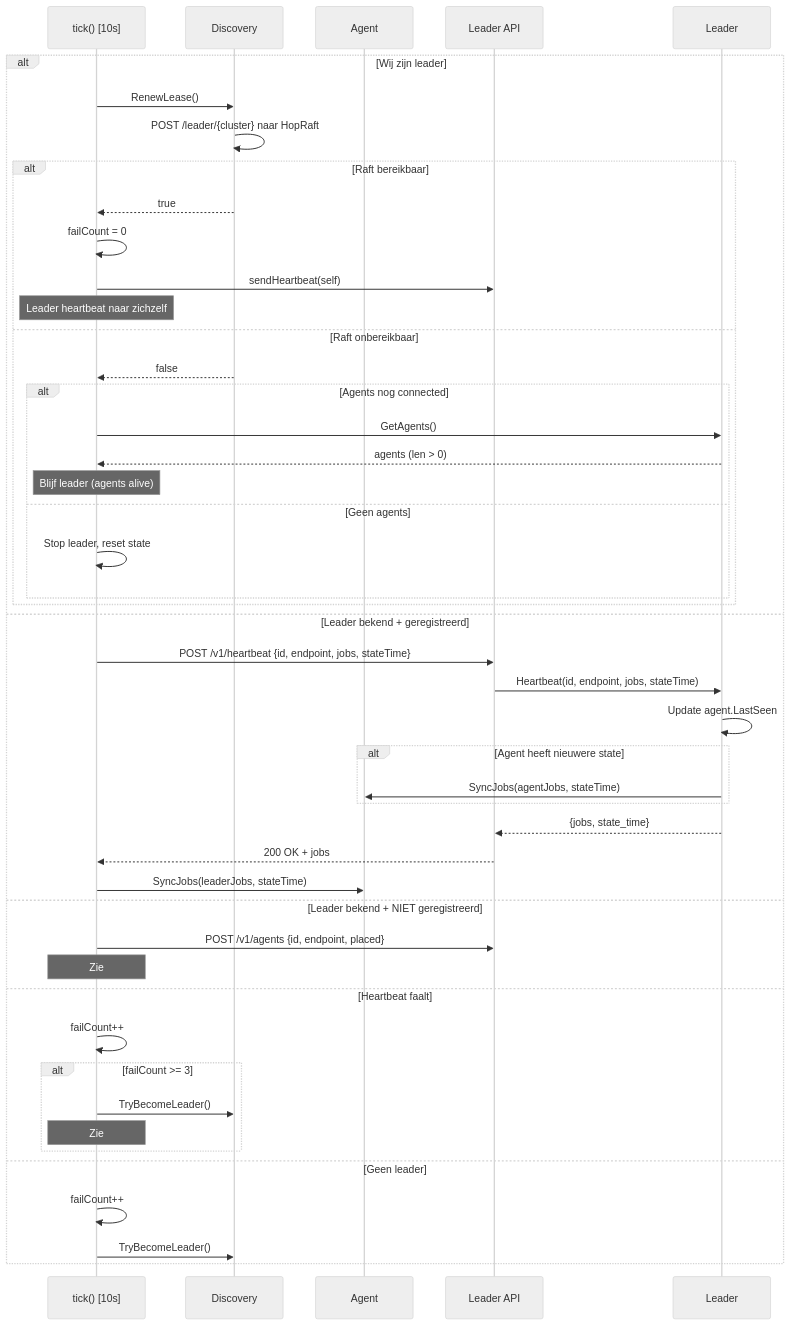
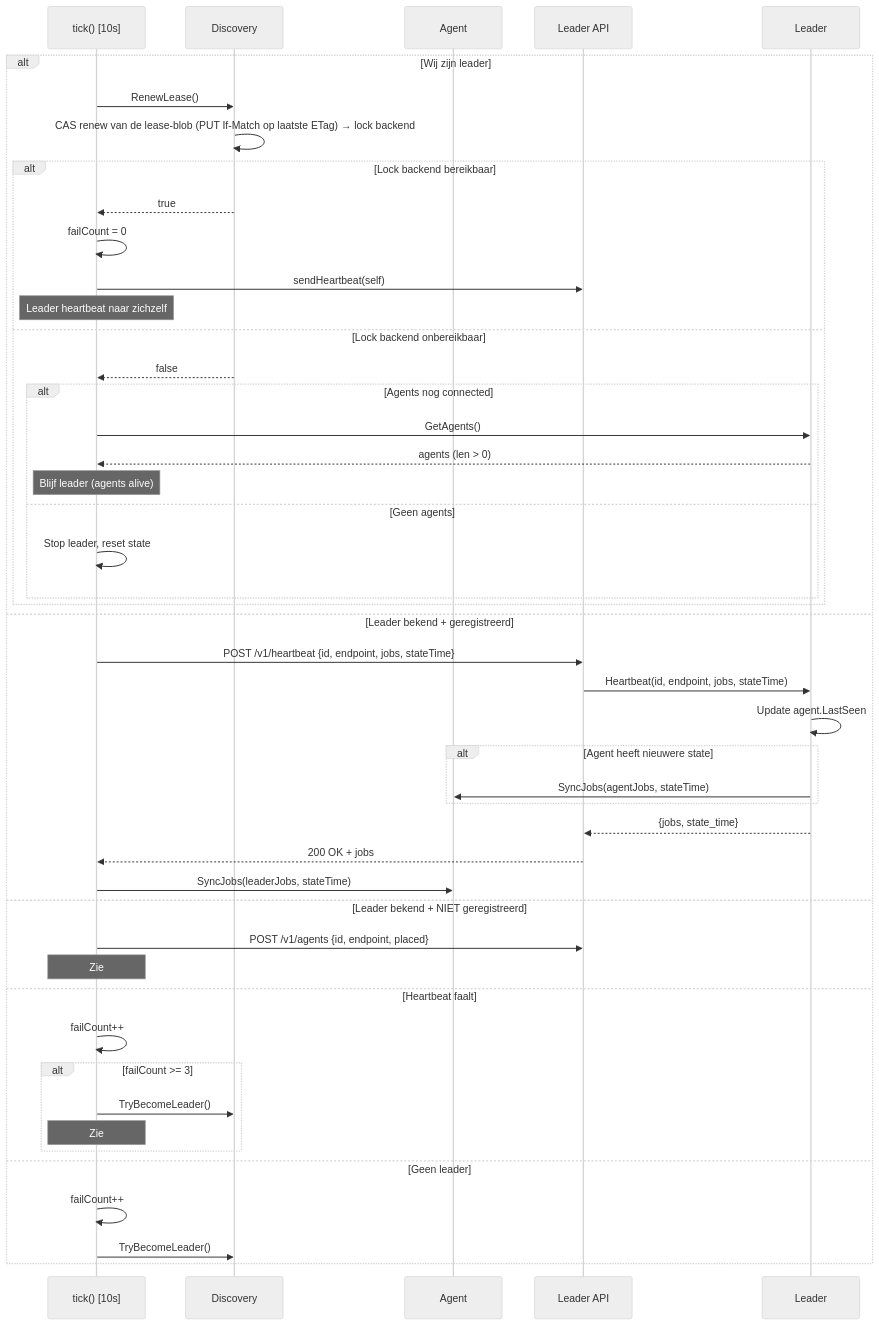
Before and after one commit to xinix00/easyrun: the third of 14 diagrams in SEQUENCES.md, drawn with Mermaid (neutral theme). The commit also changed other lines of this file and 3 other files, not shown here.

First line of the commit message:
docs: replace stale HopRaft references with hoplock lease election

````diff
--- a/SEQUENCES.md
+++ b/SEQUENCES.md
@@ -129,50 +130,50 @@
 ```mermaid
 sequenceDiagram
     participant T as tick() [10s]
     participant D as Discovery
     participant A as Agent
     participant API as Leader API
     participant L as Leader
 
     alt Wij zijn leader
         T->>D: RenewLease()
-        D->>D: POST /leader/{cluster} naar HopRaft
-        alt Raft bereikbaar
+        D->>D: CAS renew van de lease-blob (PUT If-Match op laatste ETag) → lock backend
+        alt Lock backend bereikbaar
             D-->>T: true
             T->>T: failCount = 0
             T->>API: sendHeartbeat(self)
             Note over T: Leader heartbeat naar zichzelf
-        else Raft onbereikbaar
+        else Lock backend onbereikbaar
             D-->>T: false
             alt Agents nog connected
                 T->>L: GetAgents()
                 L-->>T: agents (len > 0)
                 Note over T: Blijf leader (agents alive)
             else Geen agents
                 T->>T: Stop leader, reset state
             end
         end
     else Leader bekend + geregistreerd
         T->>API: POST /v1/heartbeat {id, endpoint, jobs, stateTime}
         API->>L: Heartbeat(id, endpoint, jobs, stateTime)
         L->>L: Update agent.LastSeen
         alt Agent heeft nieuwere state
             L->>A: SyncJobs(agentJobs, stateTime)
         end
         L-->>API: {jobs, state_time}
         API-->>T: 200 OK + jobs
         T->>A: SyncJobs(leaderJobs, stateTime)
     else Leader bekend + NIET geregistreerd
         T->>API: POST /v1/agents {id, endpoint, placed}
         Note over T: Zie #4 Agent Registration
     else Heartbeat faalt
         T->>T: failCount++
         alt failCount >= 3
             T->>D: TryBecomeLeader()
             Note over T: Zie #2 Leader Election
         end
     else Geen leader
         T->>T: failCount++
         T->>D: TryBecomeLeader()
     end
 ```
````
